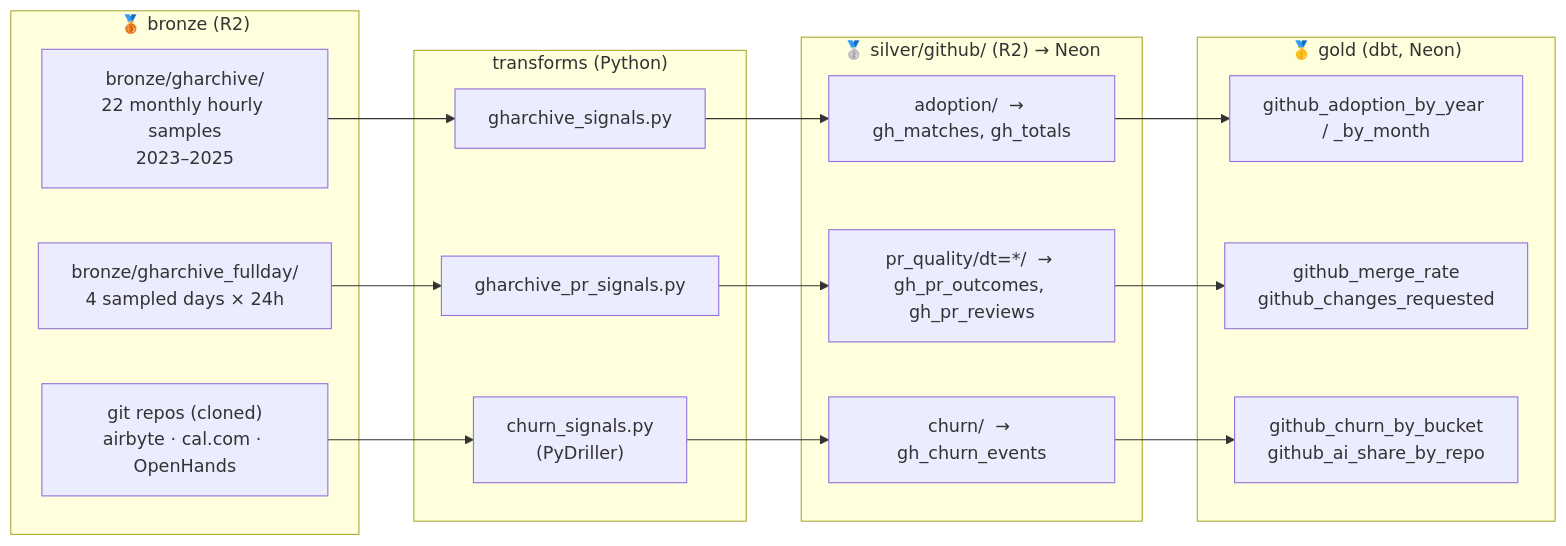
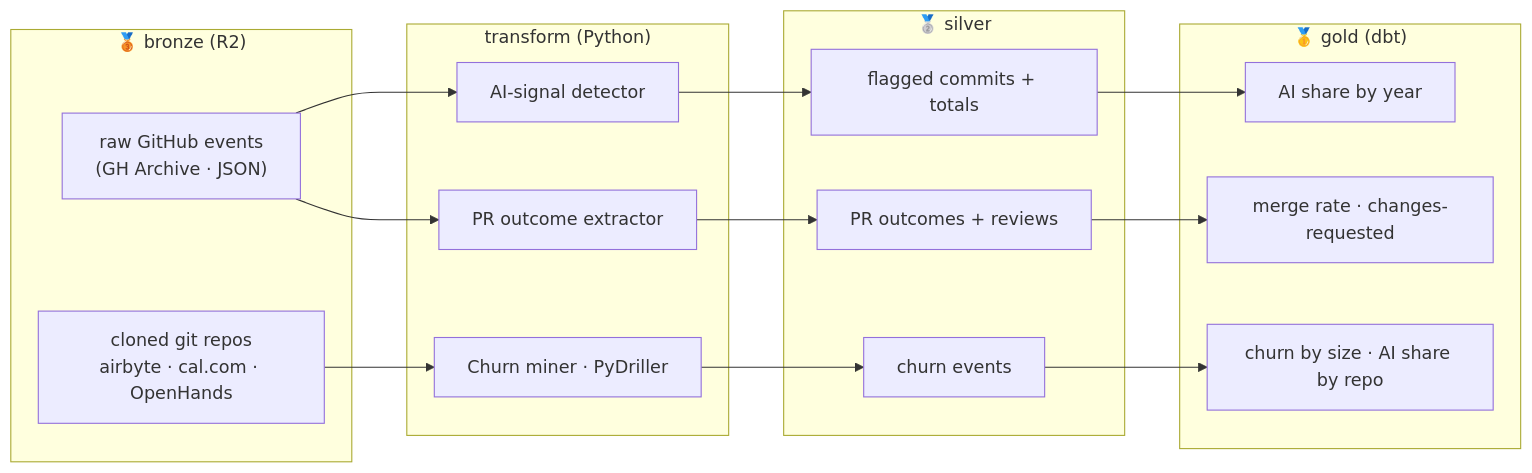
Before and after one commit to Riadh180/data-engineering-capstone: the third of 5 diagrams in pipeline_reference_cloud.md, drawn with Mermaid. The commit also changed other lines of this file, not shown here.

````diff
--- a/pipeline_reference_cloud.md
+++ b/pipeline_reference_cloud.md
@@ -102,26 +94,25 @@
 ```mermaid
 flowchart LR
     subgraph BR["🥉 bronze (R2)"]
-      GA["bronze/gharchive/<br/>22 monthly hourly samples<br/>2023–2025"]
-      GF["bronze/gharchive_fullday/<br/>4 sampled days × 24h"]
-      RP["git repos (cloned)<br/>airbyte · cal.com · OpenHands"]
+      GA["raw GitHub events<br/>(GH Archive · JSON)"]
+      RP["cloned git repos<br/>airbyte · cal.com · OpenHands"]
     end
-    subgraph TX["transforms (Python)"]
-      T1["gharchive_signals.py"]
-      T2["gharchive_pr_signals.py"]
-      T3["churn_signals.py<br/>(PyDriller)"]
+    subgraph TX["transform (Python)"]
+      T1["AI-signal detector"]
+      T2["PR outcome extractor"]
+      T3["Churn miner · PyDriller"]
     end
-    subgraph SI["🥈 silver/github/ (R2) → Neon"]
-      S1["adoption/  → gh_matches, gh_totals"]
-      S2["pr_quality/dt=*/  → gh_pr_outcomes, gh_pr_reviews"]
-      S3["churn/  → gh_churn_events"]
+    subgraph SI["🥈 silver"]
+      S1["flagged commits + totals"]
+      S2["PR outcomes + reviews"]
+      S3["churn events"]
     end
-    subgraph GO["🥇 gold (dbt, Neon)"]
-      G1["github_adoption_by_year / _by_month"]
-      G2["github_merge_rate<br/>github_changes_requested"]
-      G3["github_churn_by_bucket<br/>github_ai_share_by_repo"]
+    subgraph GO["🥇 gold (dbt)"]
+      G1["AI share by year"]
+      G2["merge rate · changes-requested"]
+      G3["churn by size · AI share by repo"]
     end
     GA --> T1 --> S1 --> G1
-    GF --> T2 --> S2 --> G2
+    GA --> T2 --> S2 --> G2
     RP --> T3 --> S3 --> G3
 ```
````
